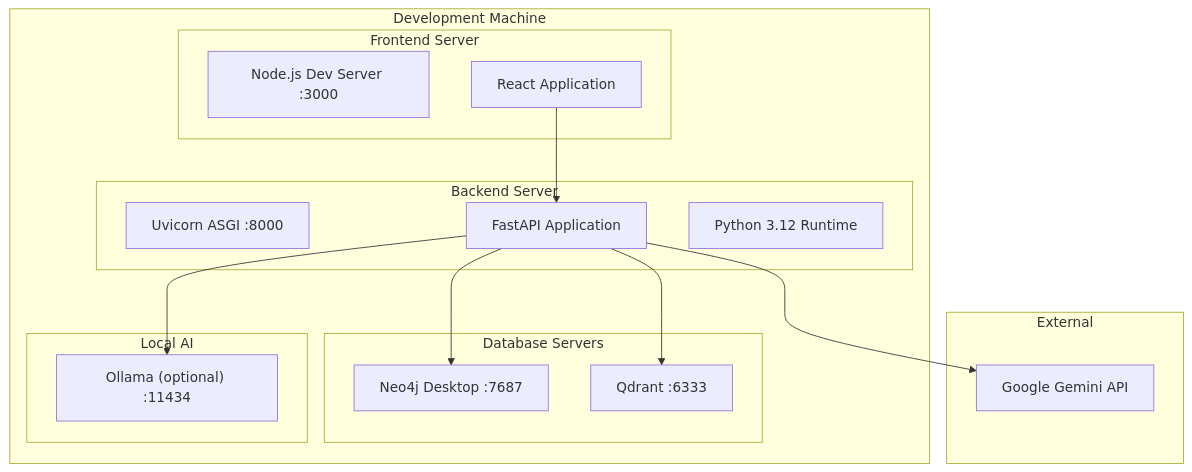
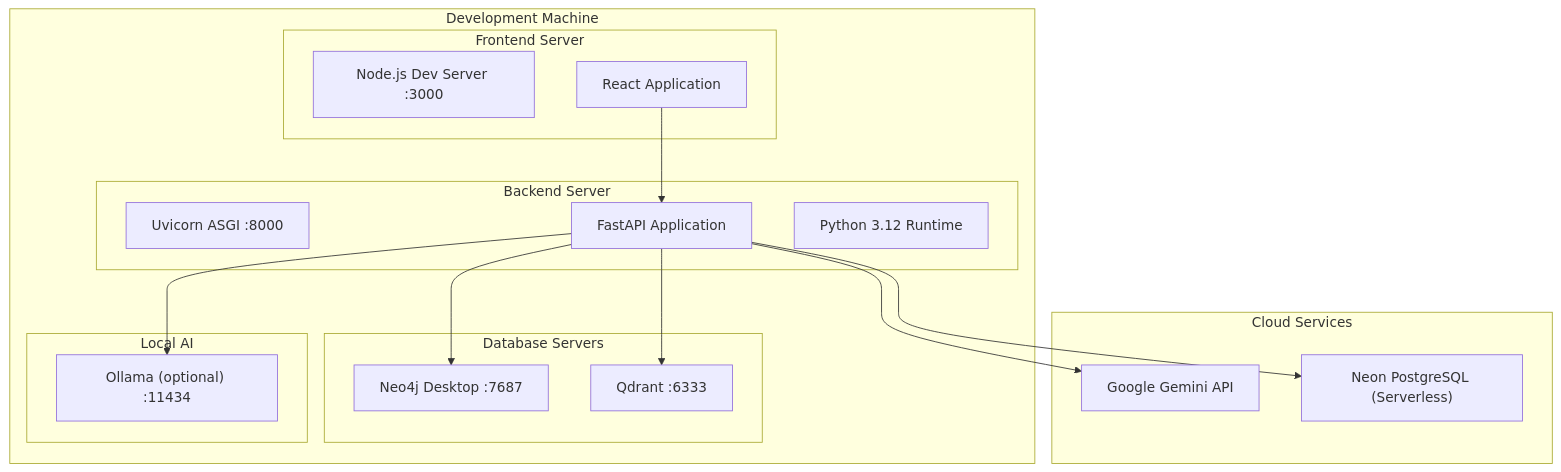
The ninth of 9 diagrams in docs/10_uml_diagrams.md (suraj-codes-24/Research-Node), drawn with Mermaid before and after one commit. The commit also changed other lines of this file and 52 other files, not shown here.

Commit message:
Final project completion: PostgreSQL integration, UI enhancements, and documentation update

````diff
--- a/docs/10_uml_diagrams.md
+++ b/docs/10_uml_diagrams.md
@@ -431,34 +478,36 @@
 ```mermaid
 graph TB
     subgraph "Development Machine"
         subgraph "Frontend Server"
             Node["Node.js Dev Server :3000"]
             ReactApp["React Application"]
         end
 
         subgraph "Backend Server"
             Uvicorn["Uvicorn ASGI :8000"]
             FastAPI["FastAPI Application"]
             Python["Python 3.12 Runtime"]
         end
 
         subgraph "Database Servers"
             Neo4jDB["Neo4j Desktop :7687"]
             QdrantDB["Qdrant :6333"]
         end
 
         subgraph "Local AI"
             OllamaOpt["Ollama (optional) :11434"]
         end
     end
 
-    subgraph "External"
+    subgraph "Cloud Services"
         GeminiAPI["Google Gemini API"]
+        NeonDB["Neon PostgreSQL (Serverless)"]
     end
 
     ReactApp --> FastAPI
     FastAPI --> Neo4jDB
     FastAPI --> QdrantDB
+    FastAPI --> NeonDB
     FastAPI --> GeminiAPI
     FastAPI --> OllamaOpt
 ```
````
